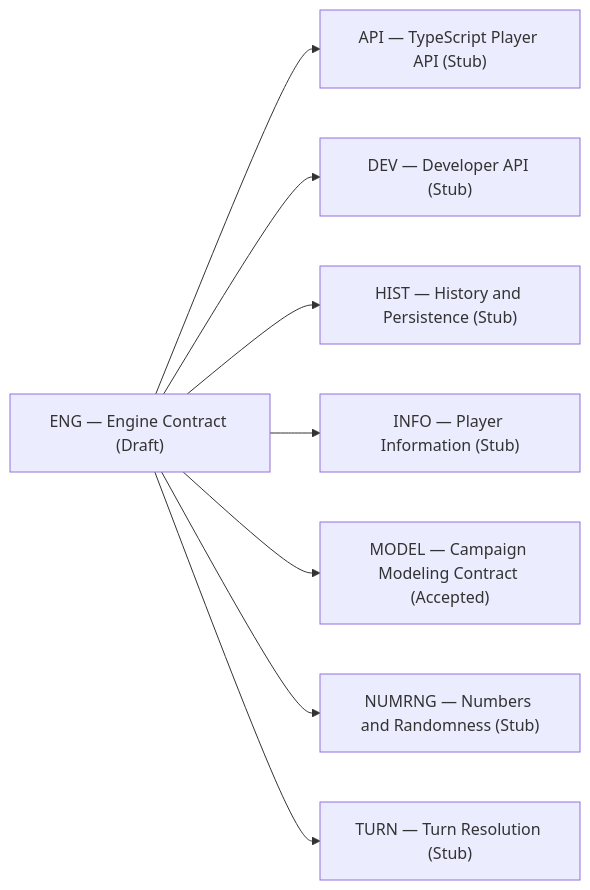
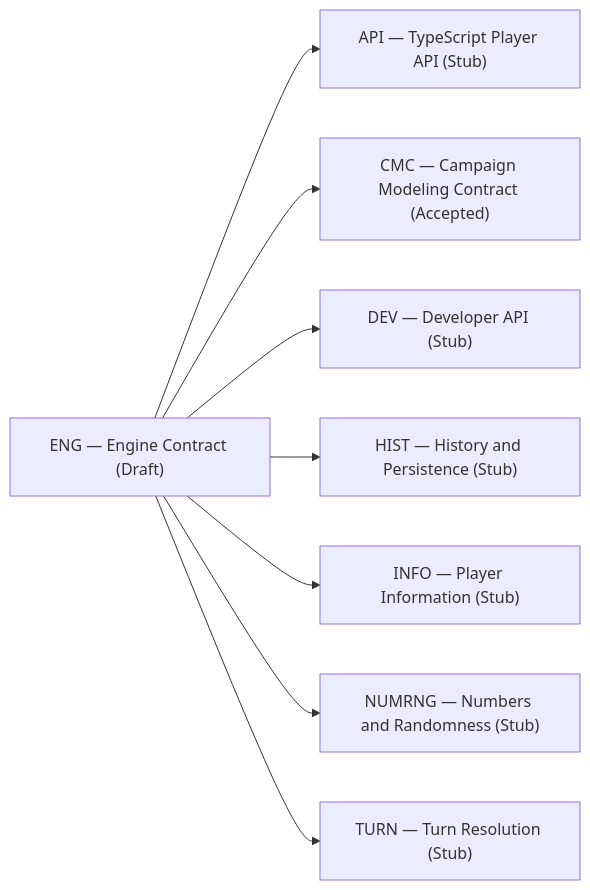
The second of 2 diagrams in docs/derived/relationships/refines.md (konrad-jamrozik/game-v5), drawn with Mermaid before and after one commit. The commit also changed 15 other files, not shown here.

````diff
--- a/docs/derived/relationships/refines.md
+++ b/docs/derived/relationships/refines.md
@@ -36,18 +36,18 @@
 ```mermaid
 flowchart LR
   API["API — TypeScript Player API (Stub)"]
+  CMC["CMC — Campaign Modeling Contract (Accepted)"]
   DEV["DEV — Developer API (Stub)"]
   ENG["ENG — Engine Contract (Draft)"]
   HIST["HIST — History and Persistence (Stub)"]
   INFO["INFO — Player Information (Stub)"]
-  MODEL["MODEL — Campaign Modeling Contract (Accepted)"]
   NUMRNG["NUMRNG — Numbers and Randomness (Stub)"]
   TURN["TURN — Turn Resolution (Stub)"]
   ENG --> API
+  ENG --> CMC
   ENG --> DEV
   ENG --> HIST
   ENG --> INFO
-  ENG --> MODEL
   ENG --> NUMRNG
   ENG --> TURN
 ```
````
